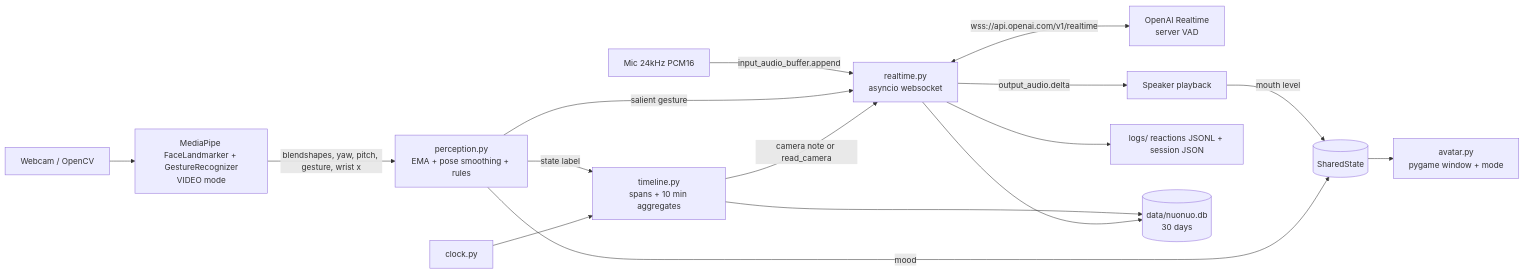
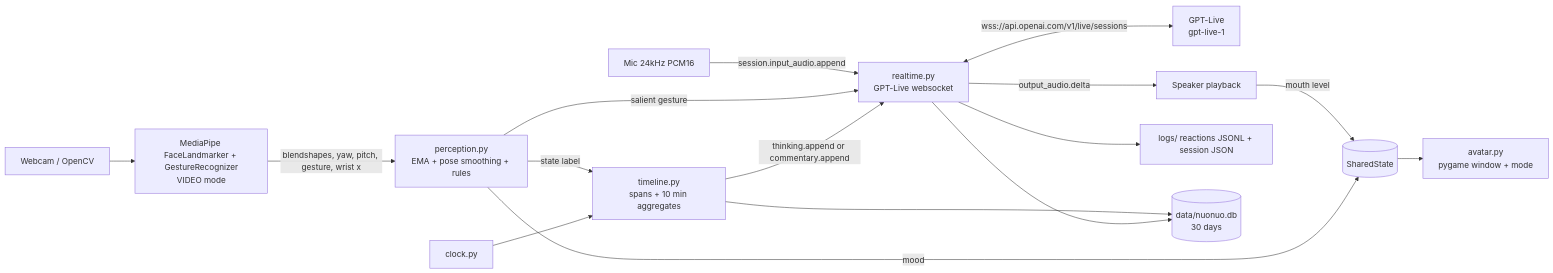
One commit to wishang06/nuonuo changed the diagram in README.md. Above: the diagram before and after it, drawn with Mermaid. The commit also changed other lines of this file and 8 other files, not shown here.

Commit message:
gpt-live replacement for gpt-realtime

````diff
--- a/README.md
+++ b/README.md
@@ -41,18 +41,18 @@
 ```mermaid
 flowchart LR
     Cam[Webcam / OpenCV] --> MP[MediaPipe FaceLandmarker + GestureRecognizer<br/>VIDEO mode]
     MP -->|blendshapes, yaw, pitch, gesture, wrist x| P[perception.py<br/>EMA + pose smoothing + rules]
     Clock[clock.py] --> TL[timeline.py<br/>spans + 10 min aggregates]
     P -->|state label| TL
     P -->|mood| S[(SharedState)]
-    TL -->|camera note or read_camera| RT[realtime.py<br/>asyncio websocket]
+    TL -->|thinking.append or commentary.append| RT[realtime.py<br/>GPT-Live websocket]
     P -->|salient gesture| RT
-    Mic[Mic 24kHz PCM16] -->|input_audio_buffer.append| RT
-    RT <-->|wss://api.openai.com/v1/realtime| OAI[OpenAI Realtime<br/>server VAD]
+    Mic[Mic 24kHz PCM16] -->|session.input_audio.append| RT
+    RT <-->|wss://api.openai.com/v1/live/sessions| OAI[GPT-Live<br/>gpt-live-1]
     RT -->|output_audio.delta| Spk[Speaker playback]
     Spk -->|mouth level| S
     S --> AV[avatar.py<br/>pygame window + mode]
     RT --> L[logs/ reactions JSONL + session JSON]
     RT --> Mem[(data/nuonuo.db<br/>30 days)]
     TL --> Mem
 ```
````
